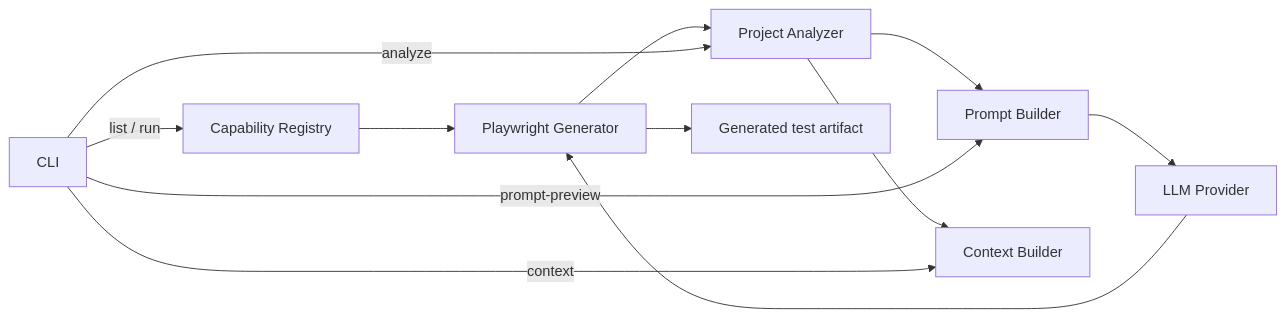
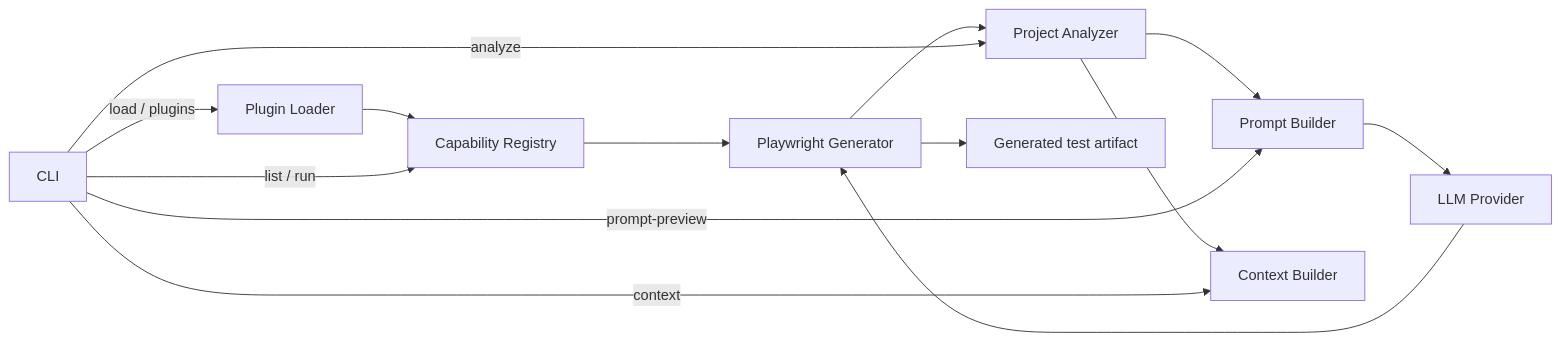
The diagram in README.md (jkishnan/AI-QE-OS), drawn with Mermaid before and after one commit. The commit also changed other lines of this file and 2 other files, not shown here.

Commit message:
Add built-in plugin loader

````diff
--- a/README.md
+++ b/README.md
@@ -11,15 +11,17 @@
 ```mermaid
 flowchart LR
-    CLI[CLI] -->|list / run| Registry[Capability Registry]
+    CLI[CLI] -->|load / plugins| Loader[Plugin Loader]
+    Loader --> Registry[Capability Registry]
+    CLI -->|list / run| Registry
     Registry --> Generator[Playwright Generator]
     Generator --> Analyzer[Project Analyzer]
     Analyzer --> Prompt[Prompt Builder]
     Prompt --> Provider[LLM Provider]
     Provider --> Generator
     Generator --> Artifact[Generated test artifact]
 
     CLI -->|analyze| Analyzer
     Analyzer --> Context[Context Builder]
     CLI -->|context| Context
     CLI -->|prompt-preview| Prompt
 ```
````
